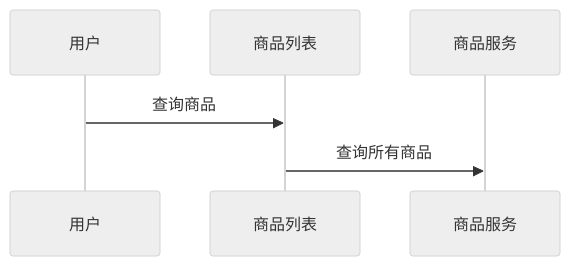
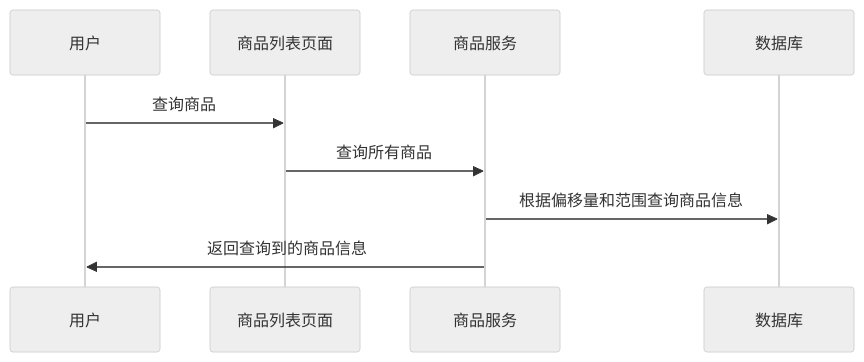
Before and after one commit to xiaomin1473/3aeStore: the fourth of 6 diagrams in 3ae-portal/src/main/webapp/README.md, drawn with Mermaid (neutral theme). The commit also changed other lines of this file and 11 other files, not shown here.

````diff
--- a/3ae-portal/src/main/webapp/README.md
+++ b/3ae-portal/src/main/webapp/README.md
@@ -289,5 +289,7 @@
 ```mermaid
 sequenceDiagram
-用户 ->> 商品列表: 查询商品
-商品列表 ->> 商品服务: 查询所有商品
+用户 ->> 商品列表页面: 查询商品
+商品列表页面 ->> 商品服务: 查询所有商品
+商品服务 ->> 数据库: 根据偏移量和范围查询商品信息
+商品服务 ->> 用户: 返回查询到的商品信息
 ```
````
